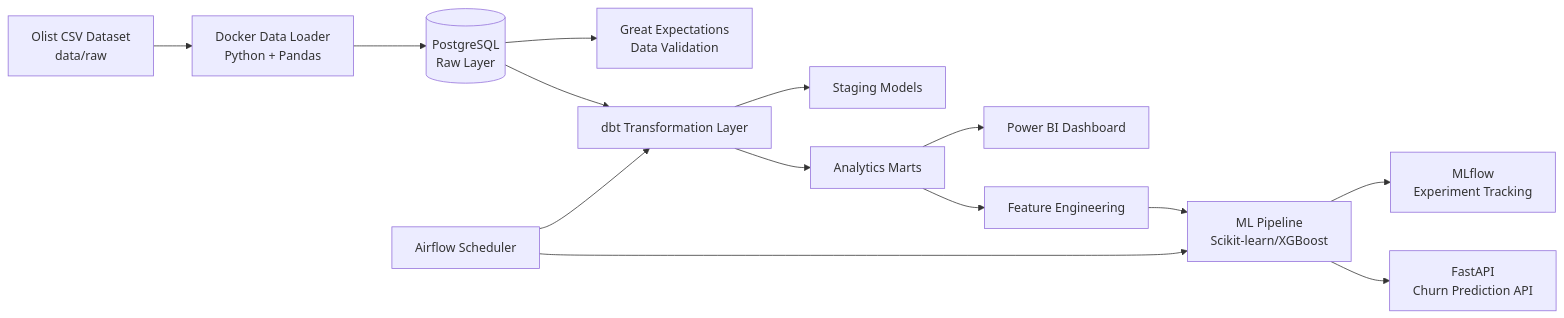
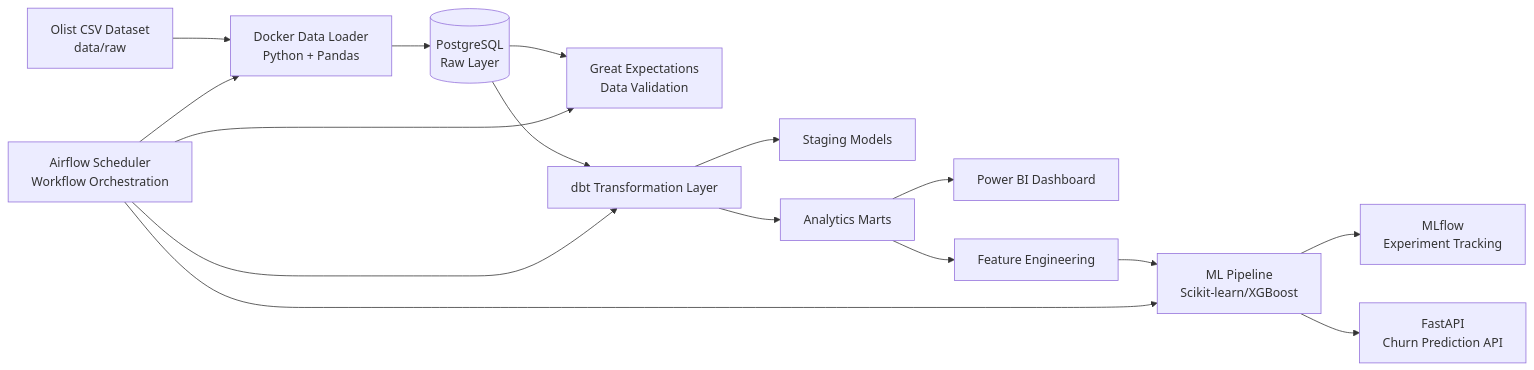
The diagram in README.md (shokoufehyazdanian/Customer-Analytics-Platform), drawn with Mermaid before and after one commit.

Commit message:
Update Airflow Scheduler description in README

````diff
--- a/README.md
+++ b/README.md
@@ -29,28 +29,30 @@
 ```mermaid
 flowchart LR
 
     A[Olist CSV Dataset<br/>data/raw] --> B[Docker Data Loader<br/>Python + Pandas]
 
     B --> C[(PostgreSQL<br/>Raw Layer)]
 
     C --> D[Great Expectations<br/>Data Validation]
 
     C --> E[dbt Transformation Layer]
 
     E --> E1[Staging Models]
     E --> E2[Analytics Marts]
 
     E2 --> F[Power BI Dashboard]
 
     E2 --> G[Feature Engineering]
 
     G --> H[ML Pipeline<br/>Scikit-learn/XGBoost]
 
     H --> I[MLflow<br/>Experiment Tracking]
 
     H --> J[FastAPI<br/>Churn Prediction API]
 
-    K[Airflow Scheduler] --> E
+    K[Airflow Scheduler<br/>Workflow Orchestration] --> B
+    K --> D
+    K --> E
     K --> H
 
 ```
````
